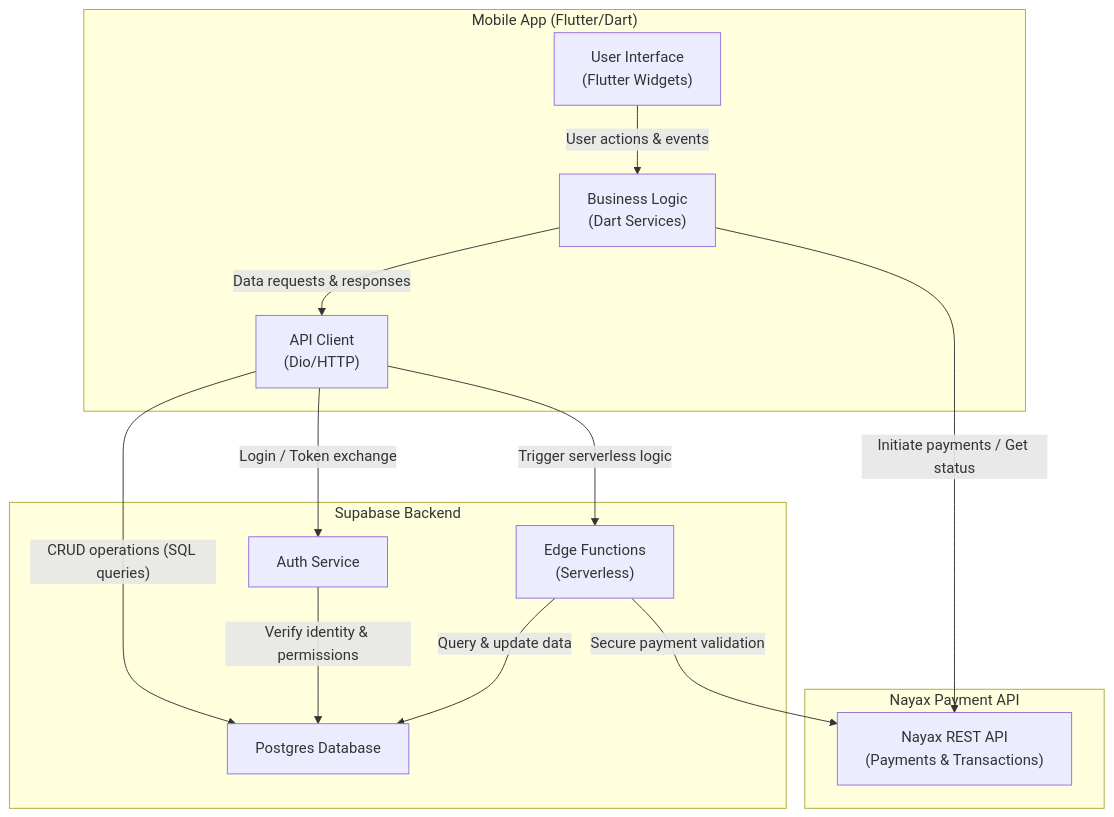
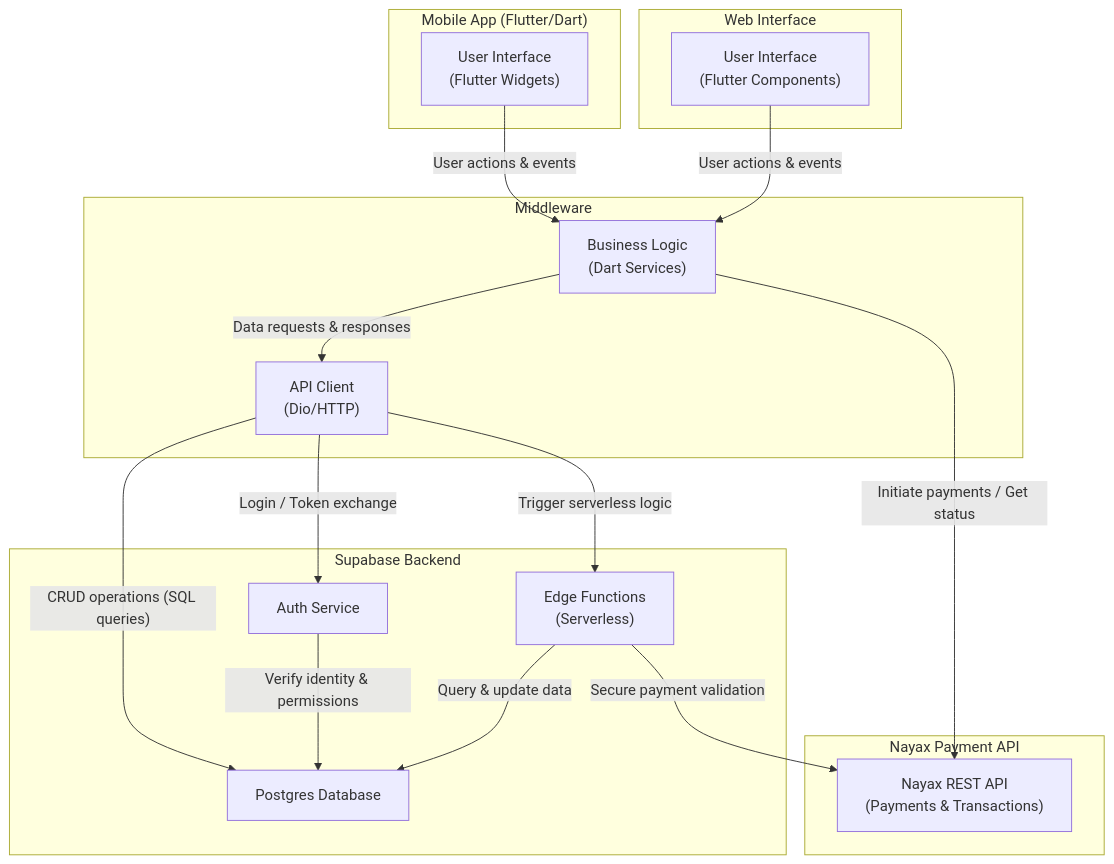
Before and after one commit to JasonYoder2026/Clean-Stream: the diagram in Design/Architecture.md, drawn with Mermaid.

````diff
--- a/Design/Architecture.md
+++ b/Design/Architecture.md
@@ -3,36 +3,51 @@
 ```mermaid
 flowchart TD
+    %% Mobile app components
     subgraph MobileApp["Mobile App (Flutter/Dart)"]
         UI["User Interface<br>(Flutter Widgets)"]
+    end
+
+    %% Middleware components
+    subgraph Middleware["Middleware"]
         BL["Business Logic<br>(Dart Services)"]
         APIClient["API Client<br>(Dio/HTTP)"]
+    end
+
+    subgraph WebApp["Web Interface"]
+        WebUI["User Interface<br>(Flutter Components)"]
     end
 
     subgraph Backend["Supabase Backend"]
         DB["Postgres Database"]
         Auth["Auth Service"]
         RPC["Edge Functions<br>(Serverless)"]
     end
 
+    %% Payment provider
     subgraph Payments["Nayax Payment API"]
         NayaxAPI["Nayax REST API<br>(Payments & Transactions)"]
     end
 
-    %% Mobile app internals
+    %% Mobile app flow
     UI -->|User actions & events| BL
+
+    %% Web app flow
+    WebUI -->|User actions & events| BL
+
+    %% Shared backend interactions
     BL -->|Data requests & responses| APIClient
-
-    %% Supabase interactions
     APIClient -->|Login / Token exchange| Auth
     APIClient -->|"CRUD operations (SQL queries)"| DB
     APIClient -->|Trigger serverless logic| RPC
 
-    %% Nayax interaction
+    
+
+    %% Payment interactions (both clients)
     BL -->|Initiate payments / Get status| NayaxAPI
+    RPC -->|Secure payment validation| NayaxAPI
 
-    %% Relationships inside Supabase
+    %% Supabase internal relationships
     Auth -->|Verify identity & permissions| DB
     RPC -->|Query & update data| DB
-    RPC -->|Secure payment validation| NayaxAPI
 
 ```
````
